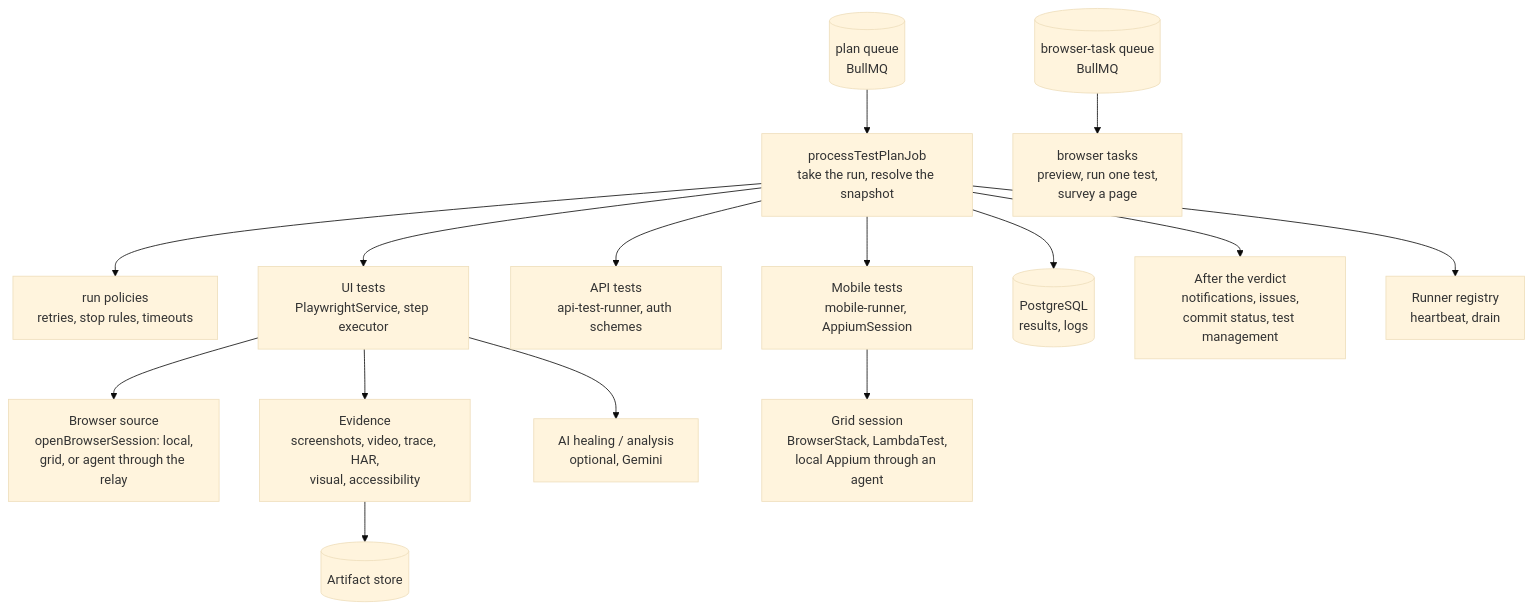
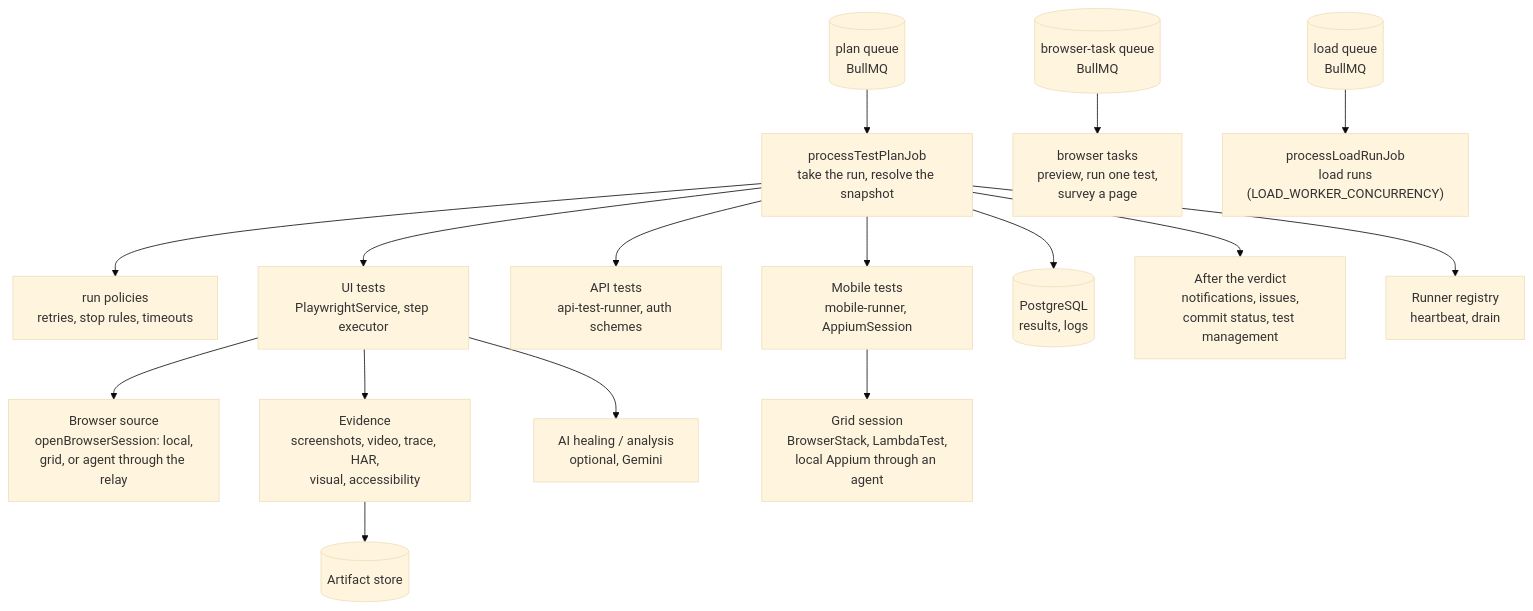
The fourth of 6 diagrams in docs/en/internals/system-architecture.md (Markg981/WebFlowMaster), drawn with Mermaid (base theme) before and after one commit. The commit also changed other lines of this file and 58 other files, not shown here.

````diff
--- a/docs/en/internals/system-architecture.md
+++ b/docs/en/internals/system-architecture.md
@@ -153,17 +153,18 @@
 ```mermaid
 flowchart TB
   Q1[("plan queue<br/>BullMQ")] --> PJ["processTestPlanJob<br/>take the run, resolve the snapshot"]
   Q2[("browser-task queue<br/>BullMQ")] --> BT["browser tasks<br/>preview, run one test,<br/>survey a page"]
+  Q3[("load queue<br/>BullMQ")] --> LR["processLoadRunJob<br/>load runs<br/>(LOAD_WORKER_CONCURRENCY)"]
   PJ --> RP["run policies<br/>retries, stop rules, timeouts"]
   PJ --> UI["UI tests<br/>PlaywrightService, step executor"]
   PJ --> API["API tests<br/>api-test-runner, auth schemes"]
   PJ --> MOBR["Mobile tests<br/>mobile-runner, AppiumSession"]
   UI --> BP["Browser source<br/>openBrowserSession: local,<br/>grid, or agent through the relay"]
   MOBR --> GRIDS["Grid session<br/>BrowserStack, LambdaTest,<br/>local Appium through an agent"]
   UI --> EV["Evidence<br/>screenshots, video, trace, HAR,<br/>visual, accessibility"]
   EV --> ART[("Artifact store")]
   PJ --> RES[("PostgreSQL<br/>results, logs")]
   PJ --> FIN["After the verdict<br/>notifications, issues,<br/>commit status, test management"]
   PJ --> HB["Runner registry<br/>heartbeat, drain"]
   UI --> HEAL["AI healing / analysis<br/>optional, Gemini"]
 ```
````
